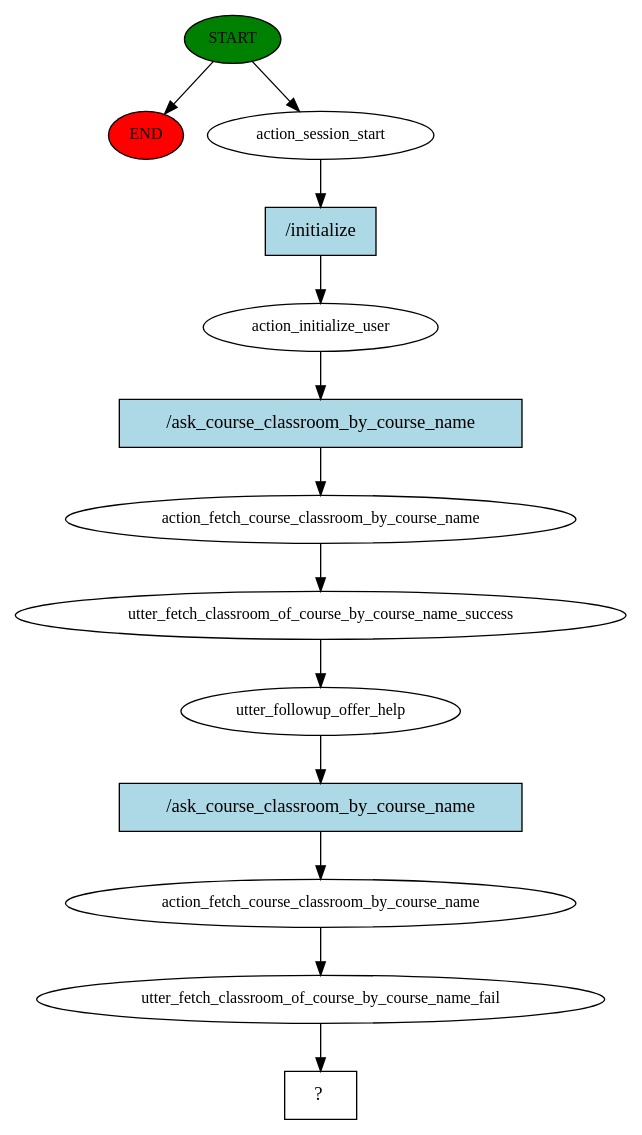
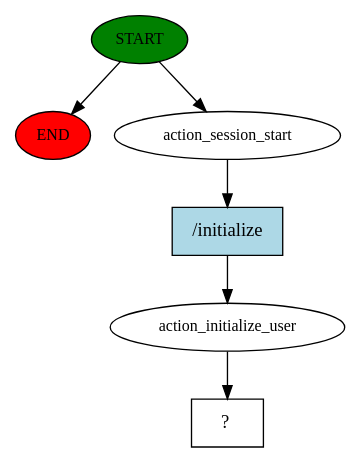
Before and after one commit to sancroth/EducationalChatbot: the diagram in chatbot-rasa/story_graph.dot, drawn with Graphviz. The commit also changed 8 other files, not shown here.

```diff
--- a/chatbot-rasa/story_graph.dot
+++ b/chatbot-rasa/story_graph.dot
@@ -1,27 +1,13 @@
 digraph  {
 0 [class="start active", fillcolor=green, fontsize=12, label=START, style=filled];
 "-1" [class=end, fillcolor=red, fontsize=12, label=END, style=filled];
 1 [class=active, fontsize=12, label=action_session_start];
 2 [class=active, fontsize=12, label=action_initialize_user];
-3 [class=active, fontsize=12, label=action_fetch_course_classroom_by_course_name];
-4 [class=active, fontsize=12, label=utter_fetch_classroom_of_course_by_course_name_success];
-5 [class=active, fontsize=12, label=utter_followup_offer_help];
-6 [class=active, fontsize=12, label=action_fetch_course_classroom_by_course_name];
-7 [class=active, fontsize=12, label=utter_fetch_classroom_of_course_by_course_name_fail];
-8 [class="intent dashed active", label="  ?  ", shape=rect];
-9 [class="intent active", fillcolor=lightblue, label="/initialize", shape=rect, style=filled];
-10 [class="intent active", fillcolor=lightblue, label="/ask_course_classroom_by_course_name", shape=rect, style=filled];
-11 [class="intent active", fillcolor=lightblue, label="/ask_course_classroom_by_course_name", shape=rect, style=filled];
+3 [class="intent dashed active", label="  ?  ", shape=rect];
+4 [class="intent active", fillcolor=lightblue, label="/initialize", shape=rect, style=filled];
 0 -> "-1"  [class="", key=NONE, label=""];
 0 -> 1  [class=active, key=NONE, label=""];
-1 -> 9  [class=active, key=0];
-2 -> 10  [class=active, key=0];
-3 -> 4  [class=active, key=NONE, label=""];
-4 -> 5  [class=active, key=NONE, label=""];
-5 -> 11  [class=active, key=0];
-6 -> 7  [class=active, key=NONE, label=""];
-7 -> 8  [class=active, key=NONE, label=""];
-9 -> 2  [class=active, key=0];
-10 -> 3  [class=active, key=0];
-11 -> 6  [class=active, key=0];
+1 -> 4  [class=active, key=0];
+2 -> 3  [class=active, key=NONE, label=""];
+4 -> 2  [class=active, key=0];
 }
```
